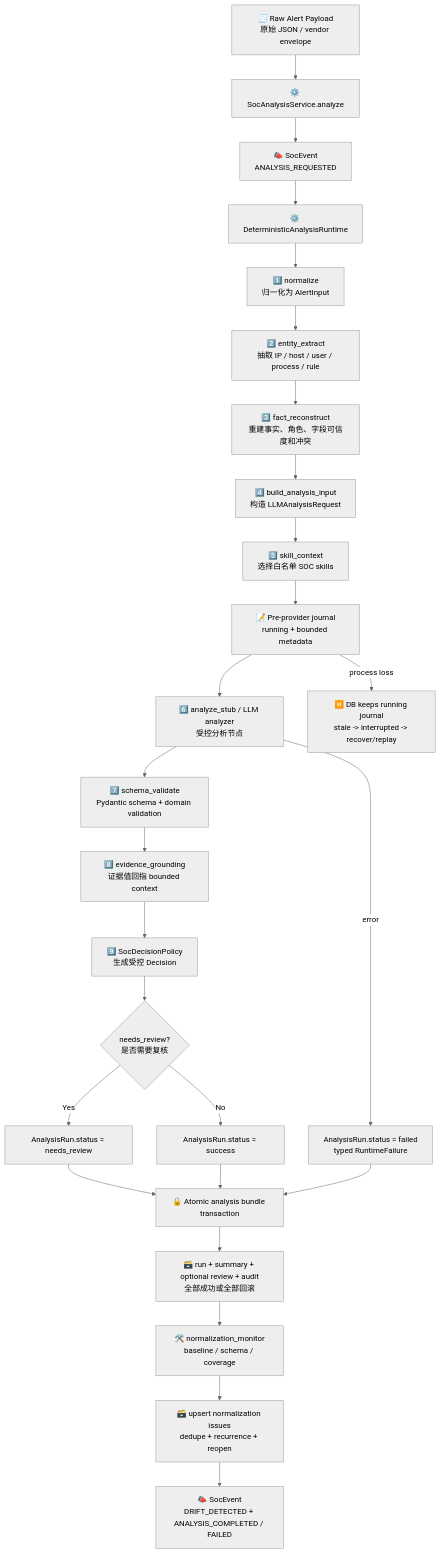
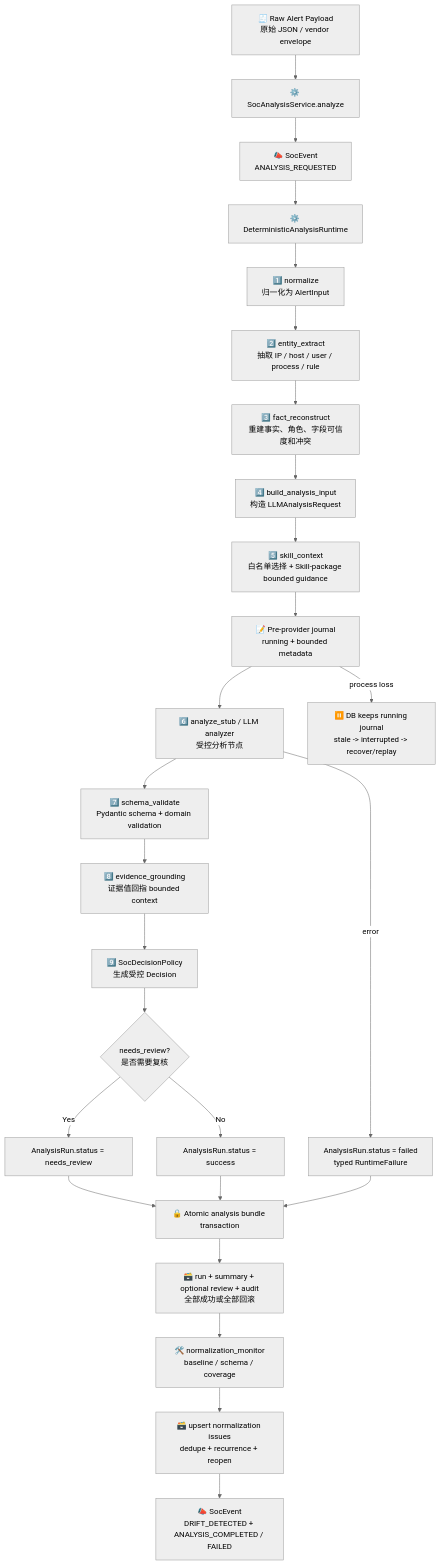
Before and after one commit to yydspanda/deer-flow: the third of 21 diagrams in .notes/ai_soc/alert-lifecycle-flow.md, drawn with Mermaid (neutral theme). The commit also changed other lines of this file and 68 other files, not shown here.

````diff
--- a/.notes/ai_soc/alert-lifecycle-flow.md
+++ b/.notes/ai_soc/alert-lifecycle-flow.md
@@ -165,31 +165,31 @@
 ```mermaid
 flowchart TD
     A["🧾 Raw Alert Payload<br/>原始 JSON / vendor envelope"] --> B["⚙️ SocAnalysisService.analyze"]
     B --> C["📣 SocEvent<br/>ANALYSIS_REQUESTED"]
     C --> D["⚙️ DeterministicAnalysisRuntime"]
 
     D --> E["1️⃣ normalize<br/>归一化为 AlertInput"]
     E --> F["2️⃣ entity_extract<br/>抽取 IP / host / user / process / rule"]
     F --> G["3️⃣ fact_reconstruct<br/>重建事实、角色、字段可信度和冲突"]
     G --> H["4️⃣ build_analysis_input<br/>构造 LLMAnalysisRequest"]
-    H --> I["5️⃣ skill_context<br/>选择白名单 SOC skills"]
+    H --> I["5️⃣ skill_context<br/>白名单选择 + Skill-package bounded guidance"]
     I --> PJ["📝 Pre-provider journal<br/>running + bounded metadata"]
     PJ --> J["6️⃣ analyze_stub / LLM analyzer<br/>受控分析节点"]
     J --> K["7️⃣ schema_validate<br/>Pydantic schema + domain validation"]
     K --> L["8️⃣ evidence_grounding<br/>证据值回指 bounded context"]
     L --> M["9️⃣ SocDecisionPolicy<br/>生成受控 Decision"]
 
     M --> N{"needs_review?<br/>是否需要复核"}
     N -->|Yes| O["AnalysisRun.status = needs_review"]
     N -->|No| P["AnalysisRun.status = success"]
     J -->|error| Q["AnalysisRun.status = failed<br/>typed RuntimeFailure"]
     PJ -->|process loss| X["⏸️ DB keeps running journal<br/>stale -> interrupted -> recover/replay"]
 
     O --> R["🔒 Atomic analysis bundle transaction"]
     P --> R
     Q --> R
     R --> S["🗃️ run + summary + optional review + audit<br/>全部成功或全部回滚"]
     S --> T["🛠️ normalization_monitor<br/>baseline / schema / coverage"]
     T --> U["🗃️ upsert normalization issues<br/>dedupe + recurrence + reopen"]
     U --> V["📣 SocEvent<br/>DRIFT_DETECTED + ANALYSIS_COMPLETED / FAILED"]
 ```
````
